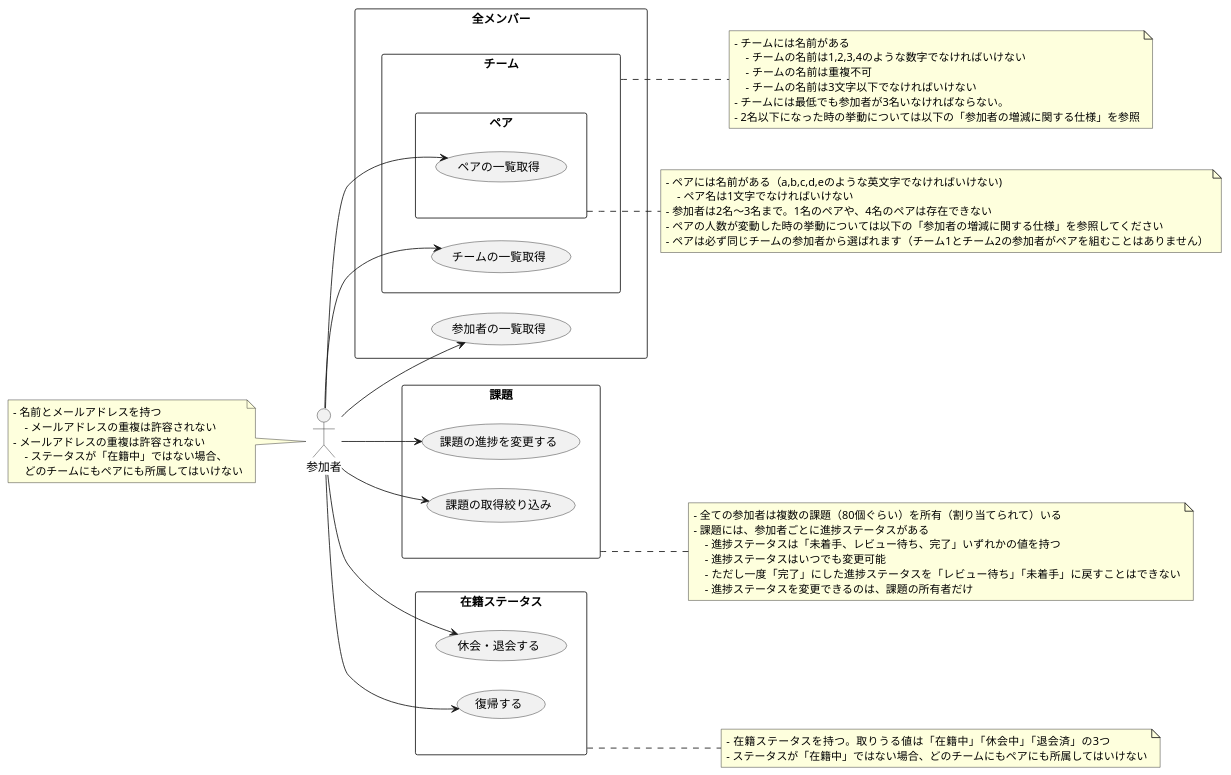
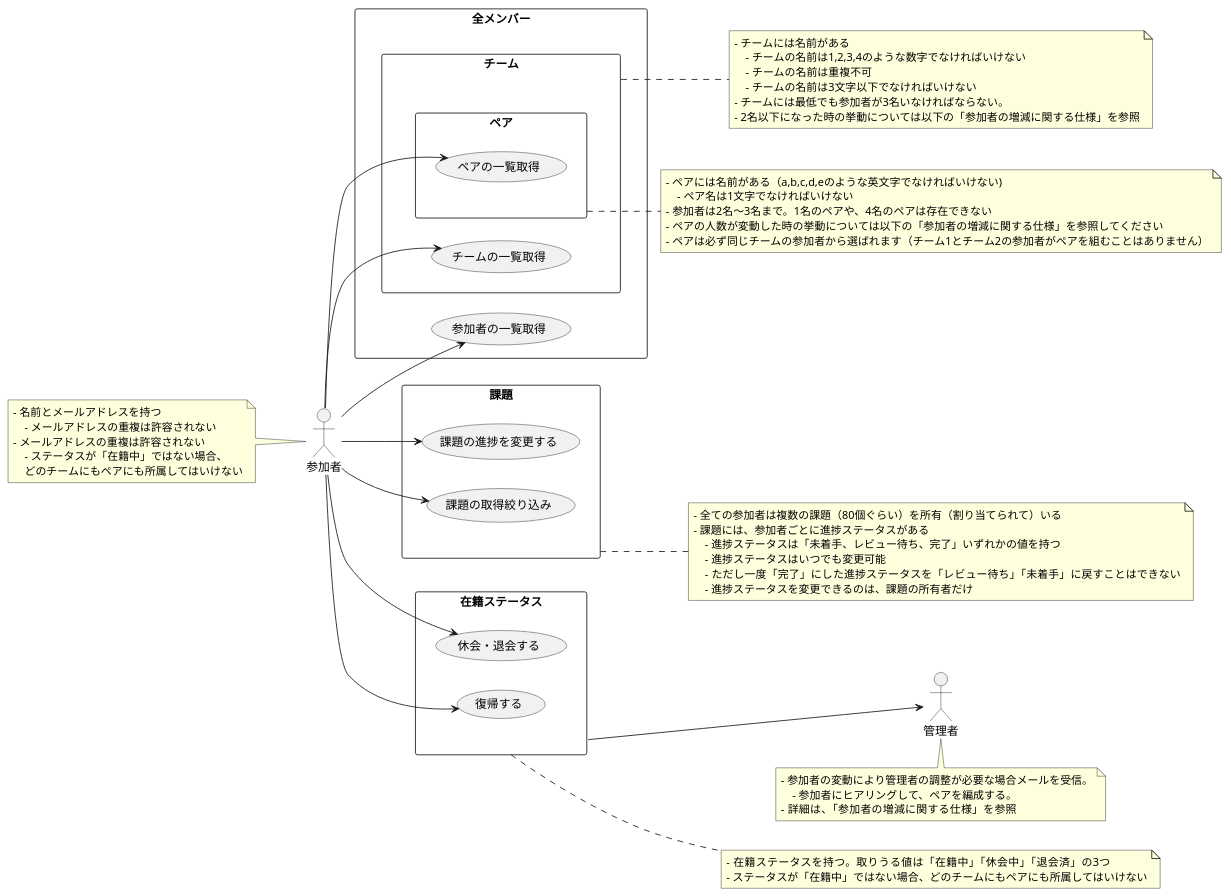
One commit to praha-inc/praha-challenge-7 changed the diagram in 95IG7y3HHX7yl4/03_設計/04_特大課題：プラハチャレンジをDDDで実装してみる/ユースケース図.pu. Above: the diagram before and after it, drawn with PlantUML.

Commit message:
ユースケース図を管理者を追加

```diff
--- a/95IG7y3HHX7yl4/03_設計/04_特大課題：プラハチャレンジをDDDで実装してみる/ユースケース図.pu
+++ b/95IG7y3HHX7yl4/03_設計/04_特大課題：プラハチャレンジをDDDで実装してみる/ユースケース図.pu
@@ -1,72 +1,82 @@
 @startuml hoge 
 left to right direction
 
 :参加者: as participant
+
+:管理者: as manager
+
 note left of participant 
 - 名前とメールアドレスを持つ
     - メールアドレスの重複は許容されない
 - メールアドレスの重複は許容されない
     - ステータスが「在籍中」ではない場合、
     どのチームにもペアにも所属してはいけない
+end note
+
+note bottom of manager 
+- 参加者の変動により管理者の調整が必要な場合メールを受信。
+    - 参加者にヒアリングして、ペアを編成する。
+- 詳細は、「参加者の増減に関する仕様」を参照
 end note
 
 rectangle 全メンバー as all_member {
     usecase "参加者の一覧取得" as UC1_1
     rectangle チーム as tearm {
         usecase "チームの一覧取得" as UC2_1
         rectangle ペア as pair {
             usecase "ペアの一覧取得" as UC3_1
         }
     }
 }
 
 note right of tearm
 - チームには名前がある
     - チームの名前は1,2,3,4のような数字でなければいけない
     - チームの名前は重複不可
     - チームの名前は3文字以下でなければいけない
 - チームには最低でも参加者が3名いなければならない。
 - 2名以下になった時の挙動については以下の「参加者の増減に関する仕様」を参照
 end note
 
 note right of pair 
 - ペアには名前がある（a,b,c,d,eのような英文字でなければいけない)
     - ペア名は1文字でなければいけない
 - 参加者は2名〜3名まで。1名のペアや、4名のペアは存在できない
 - ペアの人数が変動した時の挙動については以下の「参加者の増減に関する仕様」を参照してください
 - ペアは必ず同じチームの参加者から選ばれます（チーム1とチーム2の参加者がペアを組むことはありません）
 end note
 
 rectangle 課題 as assignment {
     usecase "課題の進捗を変更する" as UC4_1
     usecase "課題の取得絞り込み" as UC4_2
 }
 
 note right of assignment 
 - 全ての参加者は複数の課題（80個ぐらい）を所有（割り当てられて）いる
 - 課題には、参加者ごとに進捗ステータスがある
     - 進捗ステータスは「未着手、レビュー待ち、完了」いずれかの値を持つ
     - 進捗ステータスはいつでも変更可能
     - ただし一度「完了」にした進捗ステータスを「レビュー待ち」「未着手」に戻すことはできない
     - 進捗ステータスを変更できるのは、課題の所有者だけ
 end note
 
 rectangle 在籍ステータス as enrollment_status {
     usecase "休会・退会する" as UC5_1
     usecase "復帰する" as UC5_2
 }
 
 note right of enrollment_status 
 - 在籍ステータスを持つ。取りうる値は「在籍中」「休会中」「退会済」の3つ
 - ステータスが「在籍中」ではない場合、どのチームにもペアにも所属してはいけない
 end note
 
 participant --> UC1_1
 participant --> UC2_1
 participant --> UC3_1
 participant --> UC4_1
 participant --> UC4_2
 participant --> UC5_1
 participant --> UC5_2
+enrollment_status --> manager
 
 @enduml
```
